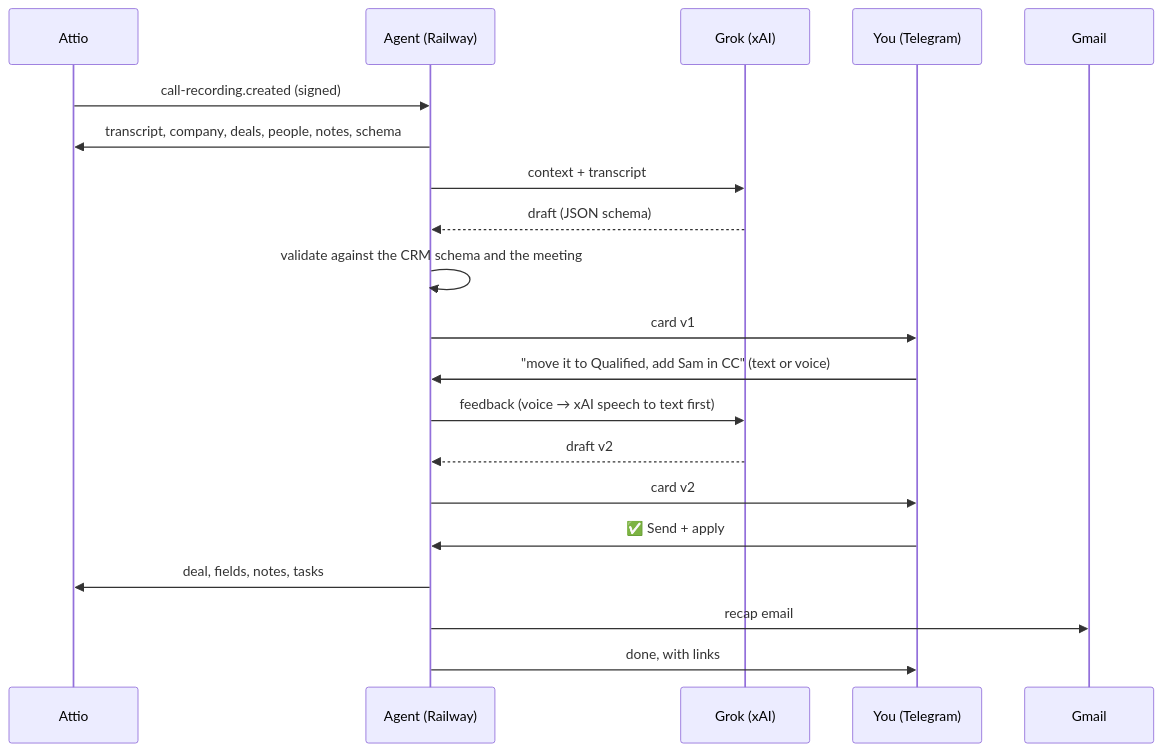
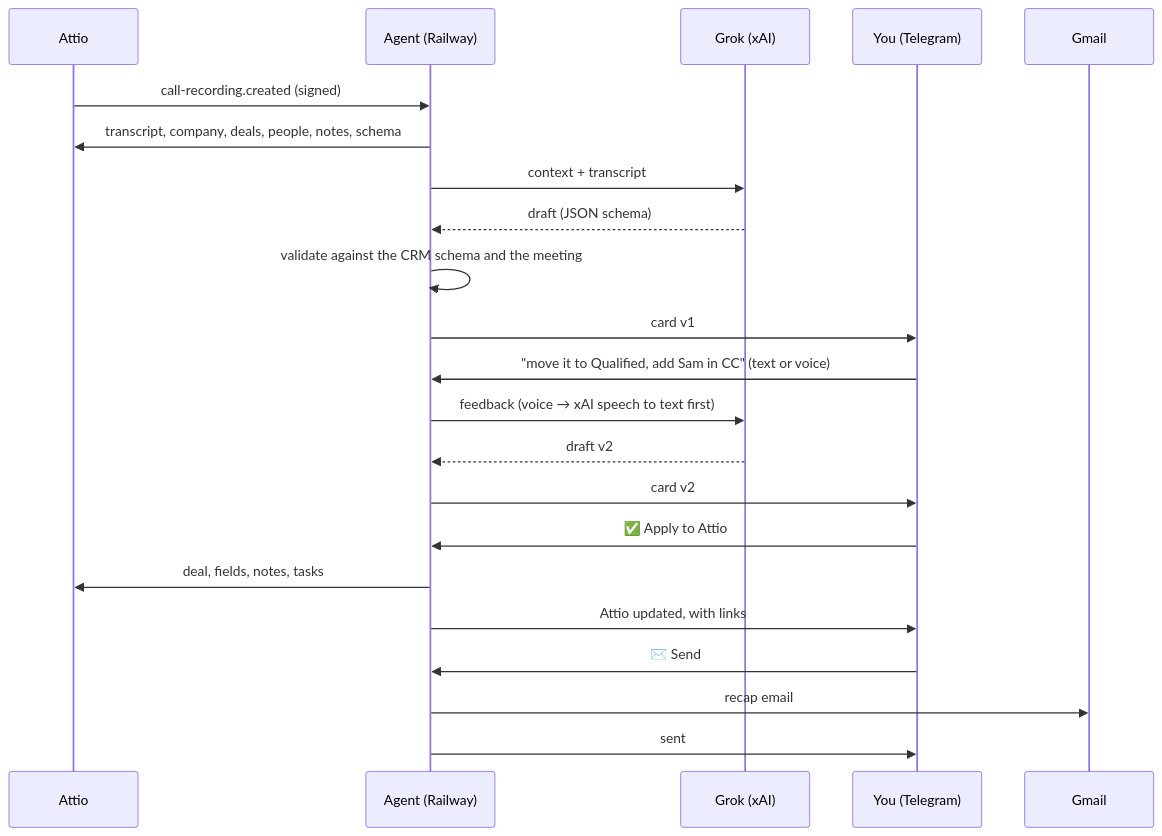
One commit to getbeton/attio-call-agent changed the diagram in README.md. Above: the diagram before and after it, drawn with Mermaid. The commit also changed other lines of this file and 3 other files, not shown here.

````diff
--- a/README.md
+++ b/README.md
@@ -66,22 +77,24 @@
 ```mermaid
 sequenceDiagram
     participant A as Attio
     participant S as Agent (Railway)
     participant G as Grok (xAI)
     participant T as You (Telegram)
     participant M as Gmail
     A->>S: call-recording.created (signed)
     S->>A: transcript, company, deals, people, notes, schema
     S->>G: context + transcript
     G-->>S: draft (JSON schema)
     S->>S: validate against the CRM schema and the meeting
     S->>T: card v1
     T->>S: "move it to Qualified, add Sam in CC" (text or voice)
     S->>G: feedback (voice → xAI speech to text first)
     G-->>S: draft v2
     S->>T: card v2
-    T->>S: ✅ Send + apply
+    T->>S: ✅ Apply to Attio
     S->>A: deal, fields, notes, tasks
+    S->>T: Attio updated, with links
+    T->>S: ✉️ Send
     S->>M: recap email
-    S->>T: done, with links
+    S->>T: sent
 ```
````
